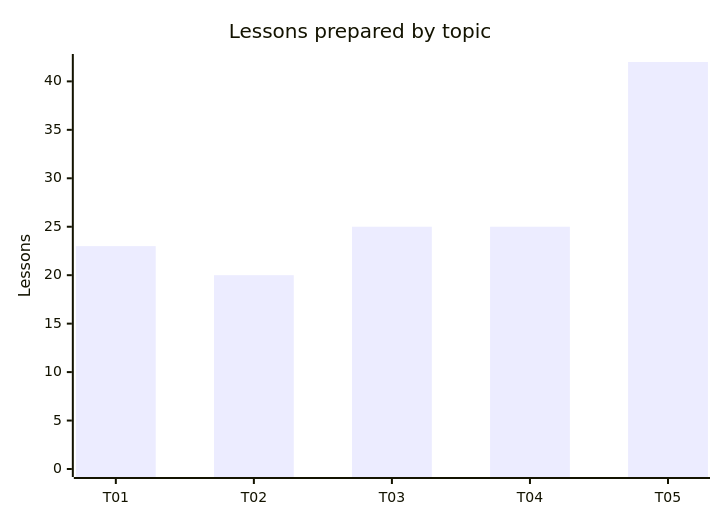
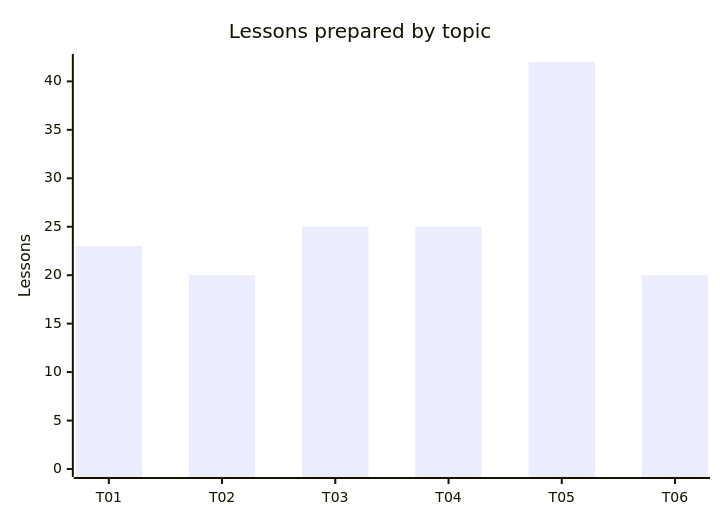
One commit to Zakoroo/computer_networks changed the ninth of 9 diagrams in PROGRESS.md. Above: the diagram before and after it, drawn with Mermaid. The commit also changed other lines of this file and 30 other files, not shown here.

````diff
--- a/PROGRESS.md
+++ b/PROGRESS.md
@@ -108,7 +115,7 @@
 ```mermaid
 xychart-beta
     title "Lessons prepared by topic"
-    x-axis ["T01", "T02", "T03", "T04", "T05"]
+    x-axis ["T01", "T02", "T03", "T04", "T05", "T06"]
     y-axis "Lessons" 0 --> 42
-    bar [23, 20, 25, 25, 42]
+    bar [23, 20, 25, 25, 42, 20]
 ```
````
